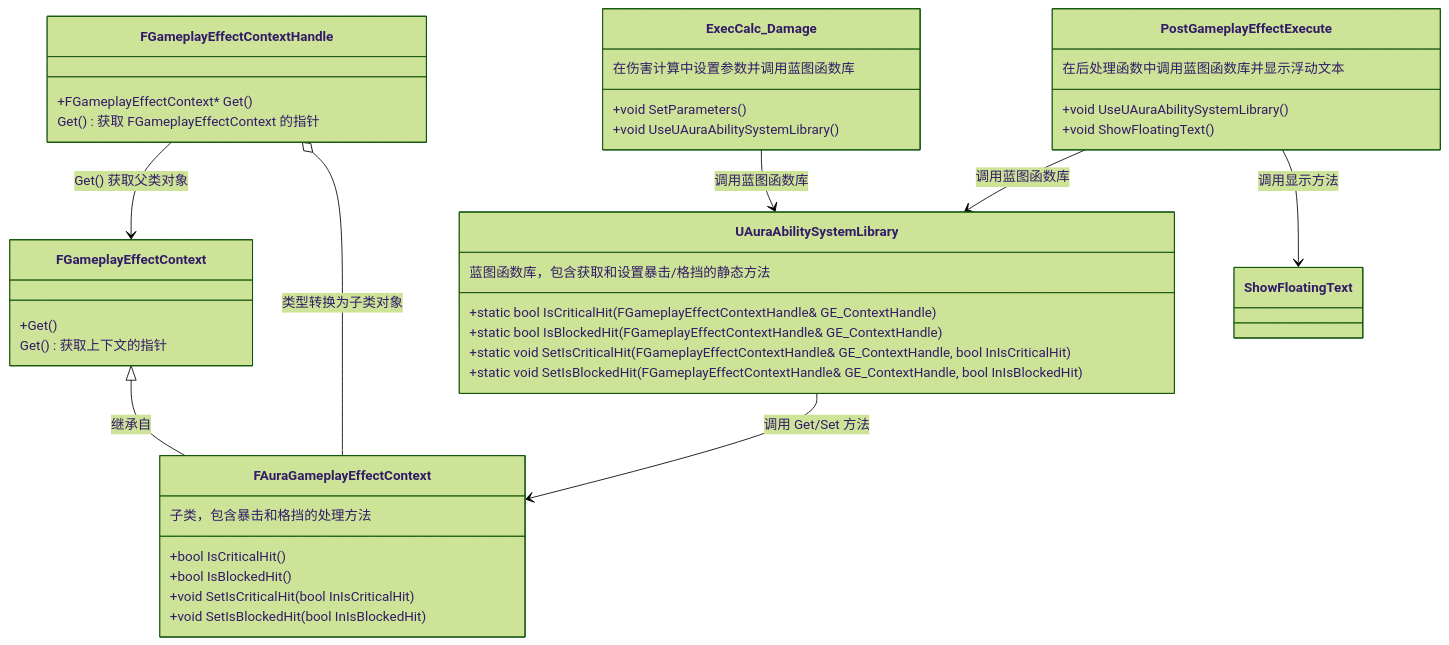
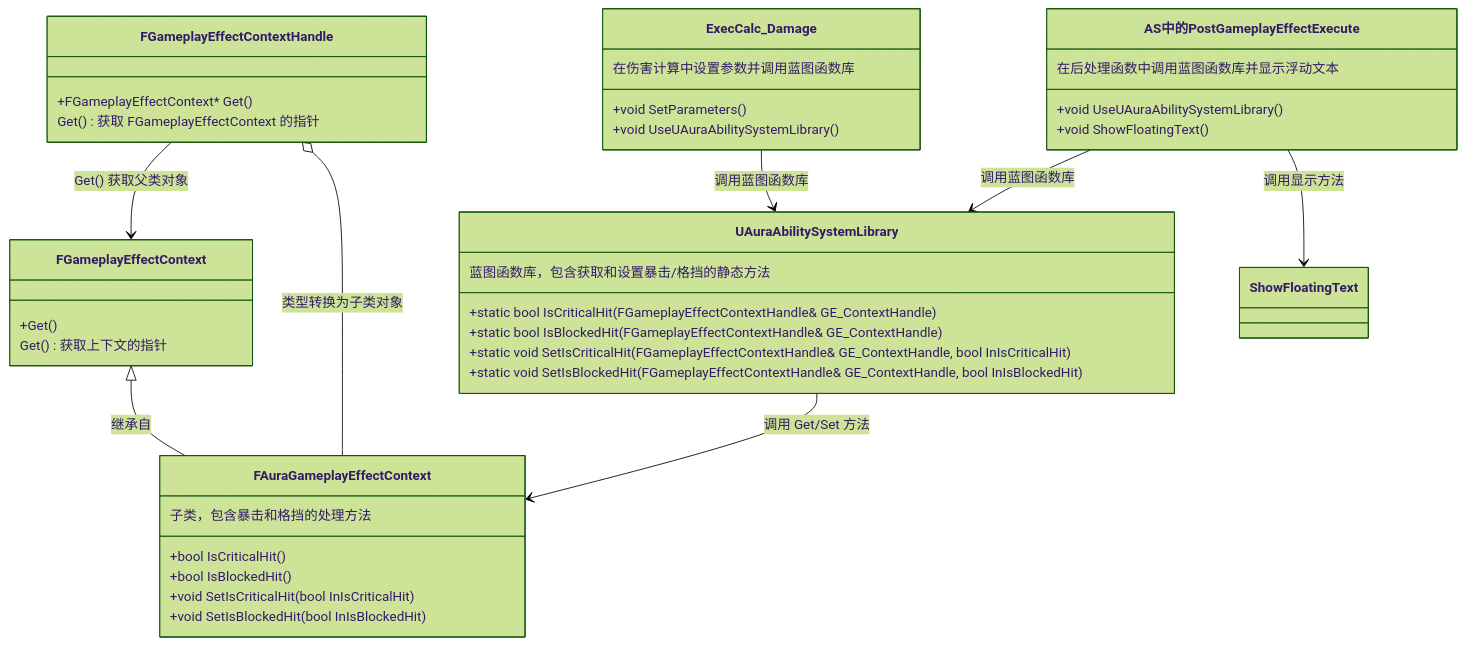
One commit to liyunlong618/LiYunLongKnowledgeLibrary changed the diagram in UECPP/Models/GAS/GAS_2_Aura/DetailContent/临时的/GAS_070.md. Above: the diagram before and after it, drawn with Mermaid (forest theme). The commit also changed other lines of this file and 8 other files, not shown here.

````diff
--- a/UECPP/Models/GAS/GAS_2_Aura/DetailContent/临时的/GAS_070.md
+++ b/UECPP/Models/GAS/GAS_2_Aura/DetailContent/临时的/GAS_070.md
@@ -52,49 +53,49 @@
 ```mermaid
 classDiagram
     class FGameplayEffectContext {
         +Get()
         Get() 获取上下文的指针
     }
 
     class FAuraGameplayEffectContext {
         +bool IsCriticalHit()
         +bool IsBlockedHit()
         +void SetIsCriticalHit(bool InIsCriticalHit)
         +void SetIsBlockedHit(bool InIsBlockedHit)
         子类，包含暴击和格挡的处理方法
     }
 
     class FGameplayEffectContextHandle {
         +FGameplayEffectContext* Get()
         Get() 获取 FGameplayEffectContext 的指针
     }
 
     class UAuraAbilitySystemLibrary {
         +static bool IsCriticalHit(FGameplayEffectContextHandle& GE_ContextHandle)
         +static bool IsBlockedHit(FGameplayEffectContextHandle& GE_ContextHandle)
         +static void SetIsCriticalHit(FGameplayEffectContextHandle& GE_ContextHandle, bool InIsCriticalHit)
         +static void SetIsBlockedHit(FGameplayEffectContextHandle& GE_ContextHandle, bool InIsBlockedHit)
         蓝图函数库，包含获取和设置暴击/格挡的静态方法
     }
 
     class ExecCalc_Damage {
         +void SetParameters()
         +void UseUAuraAbilitySystemLibrary()
         在伤害计算中设置参数并调用蓝图函数库
     }
 
-    class PostGameplayEffectExecute {
+    class AS中的PostGameplayEffectExecute {
         +void UseUAuraAbilitySystemLibrary()
         +void ShowFloatingText()
         在后处理函数中调用蓝图函数库并显示浮动文本
     }
 
     FGameplayEffectContextHandle --> FGameplayEffectContext : Get() 获取父类对象
     FGameplayEffectContext <|-- FAuraGameplayEffectContext : 继承自
     FGameplayEffectContextHandle o-- FAuraGameplayEffectContext : 类型转换为子类对象
     UAuraAbilitySystemLibrary --> FAuraGameplayEffectContext : 调用 Get/Set 方法
     ExecCalc_Damage --> UAuraAbilitySystemLibrary : 调用蓝图函数库
-    PostGameplayEffectExecute --> UAuraAbilitySystemLibrary : 调用蓝图函数库
-    PostGameplayEffectExecute --> ShowFloatingText : 调用显示方法
+    AS中的PostGameplayEffectExecute --> UAuraAbilitySystemLibrary : 调用蓝图函数库
+    AS中的PostGameplayEffectExecute --> ShowFloatingText : 调用显示方法
 
 ```
````
